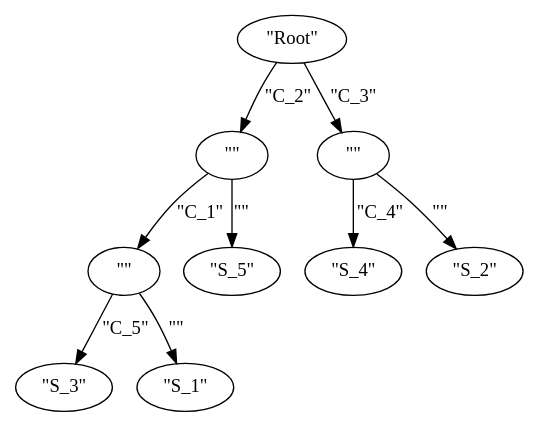
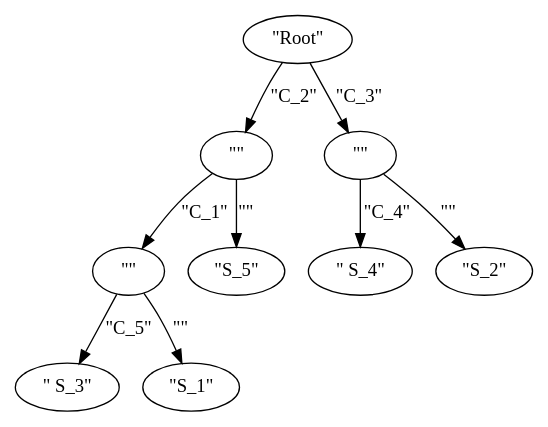
The diagram in output/wiki.dot (dlcgold/perfect-phylogeny-rs), drawn with Graphviz before and after one commit. The commit also changed 3 other files, not shown here.

```diff
--- a/output/wiki.dot
+++ b/output/wiki.dot
@@ -1,19 +1,19 @@
 digraph {
     0 [ label = "\"Root\"" ]
     1 [ label = "\"\"" ]
     2 [ label = "\"\"" ]
     3 [ label = "\"\"" ]
-    4 [ label = "\"S_3\"" ]
-    5 [ label = "\"S_4\"" ]
+    4 [ label = "\" S_3\"" ]
+    5 [ label = "\" S_4\"" ]
     6 [ label = "\"S_5\"" ]
     7 [ label = "\"S_1\"" ]
     8 [ label = "\"S_2\"" ]
     0 -> 1 [ label = "\"C_2\"" ]
     1 -> 2 [ label = "\"C_1\"" ]
     0 -> 3 [ label = "\"C_3\"" ]
     2 -> 4 [ label = "\"C_5\"" ]
     3 -> 5 [ label = "\"C_4\"" ]
     1 -> 6 [ label = "\"\"" ]
     2 -> 7 [ label = "\"\"" ]
     3 -> 8 [ label = "\"\"" ]
 }
```
